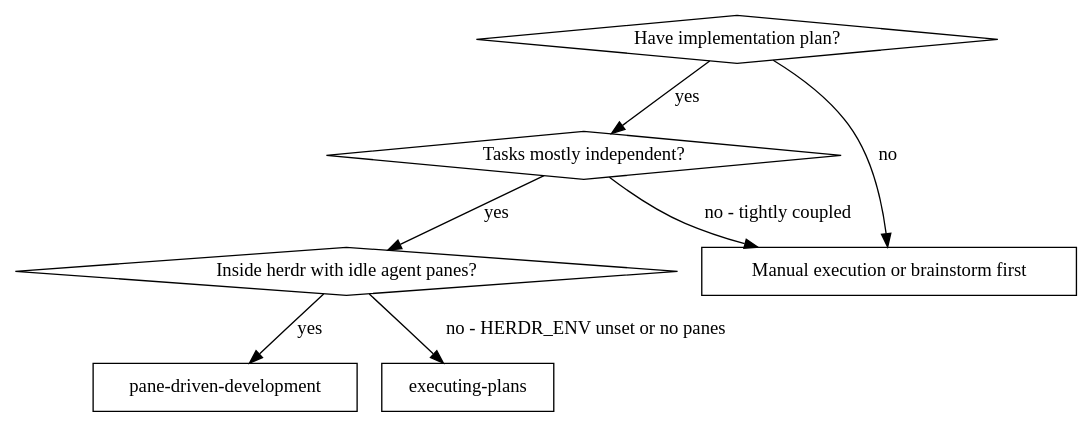
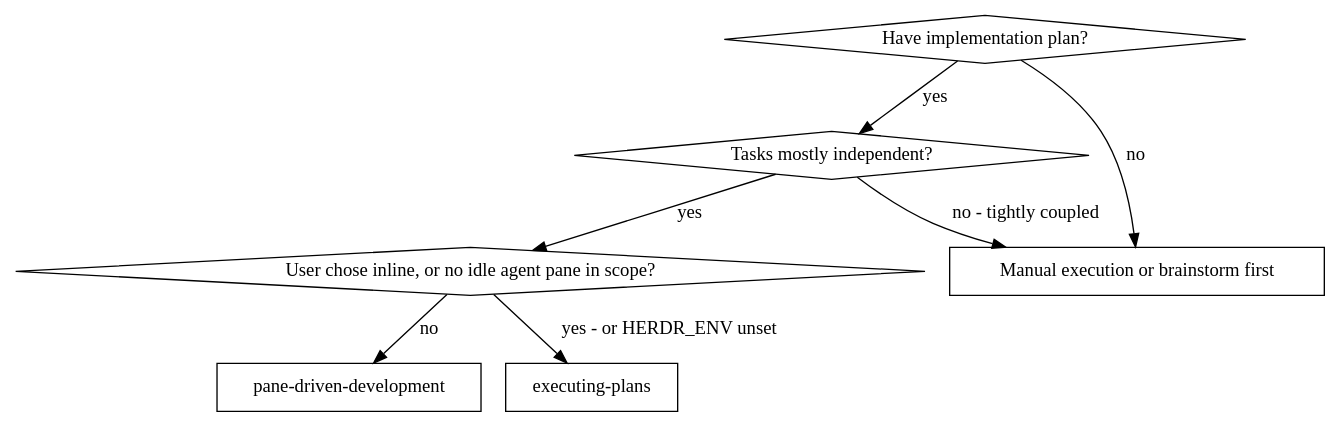
One commit to transparent-pegasus/herdrpowers changed the first of 2 diagrams in skills/pane-driven-development/SKILL.md. Above: the diagram before and after it, drawn with Graphviz. The commit also changed other lines of this file and 30 other files, not shown here.

First line of the commit message:
feat(upstream): adopt v6.4.2 — inline execution rebuilt, plans record decisions

````diff
--- a/skills/pane-driven-development/SKILL.md
+++ b/skills/pane-driven-development/SKILL.md
@@ -52,17 +52,17 @@
 ```dot
 digraph when_to_use {
     "Have implementation plan?" [shape=diamond];
     "Tasks mostly independent?" [shape=diamond];
-    "Inside herdr with idle agent panes?" [shape=diamond];
+    "User chose inline, or no idle agent pane in scope?" [shape=diamond];
     "pane-driven-development" [shape=box];
     "executing-plans" [shape=box];
     "Manual execution or brainstorm first" [shape=box];
 
     "Have implementation plan?" -> "Tasks mostly independent?" [label="yes"];
     "Have implementation plan?" -> "Manual execution or brainstorm first" [label="no"];
-    "Tasks mostly independent?" -> "Inside herdr with idle agent panes?" [label="yes"];
+    "Tasks mostly independent?" -> "User chose inline, or no idle agent pane in scope?" [label="yes"];
     "Tasks mostly independent?" -> "Manual execution or brainstorm first" [label="no - tightly coupled"];
-    "Inside herdr with idle agent panes?" -> "pane-driven-development" [label="yes"];
-    "Inside herdr with idle agent panes?" -> "executing-plans" [label="no - HERDR_ENV unset or no panes"];
+    "User chose inline, or no idle agent pane in scope?" -> "executing-plans" [label="yes - or HERDR_ENV unset"];
+    "User chose inline, or no idle agent pane in scope?" -> "pane-driven-development" [label="no"];
 }
 ```
````
